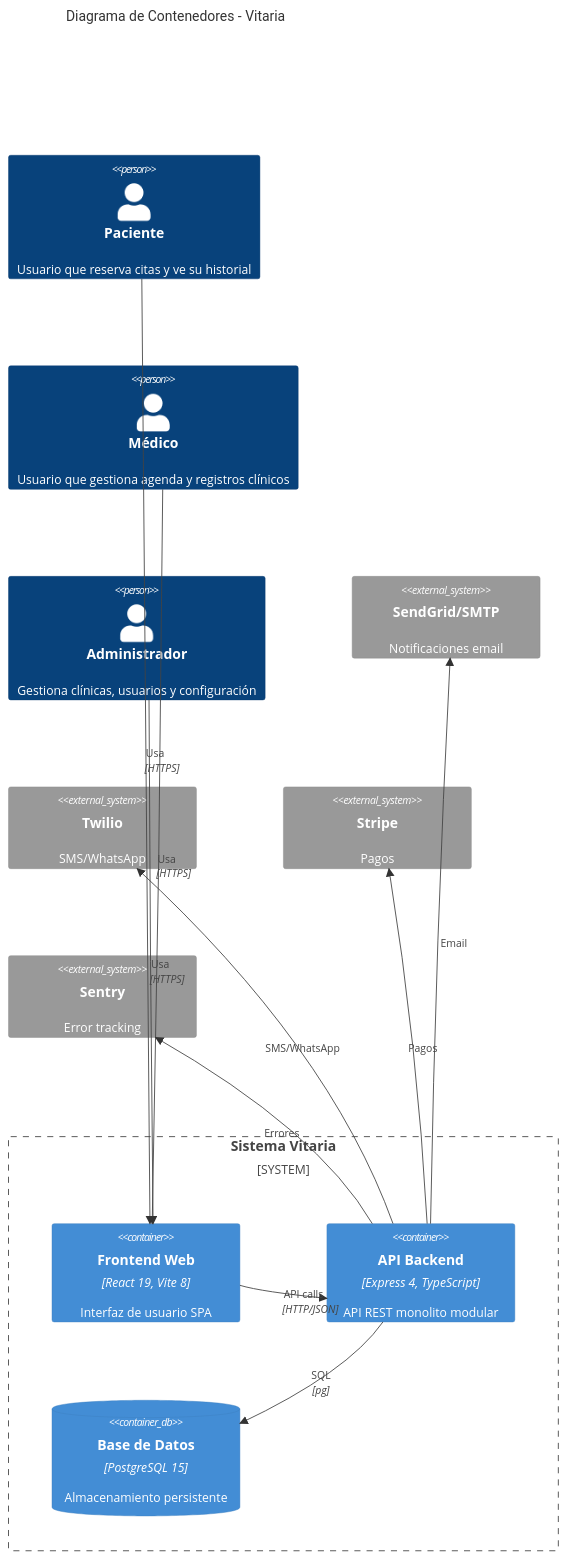
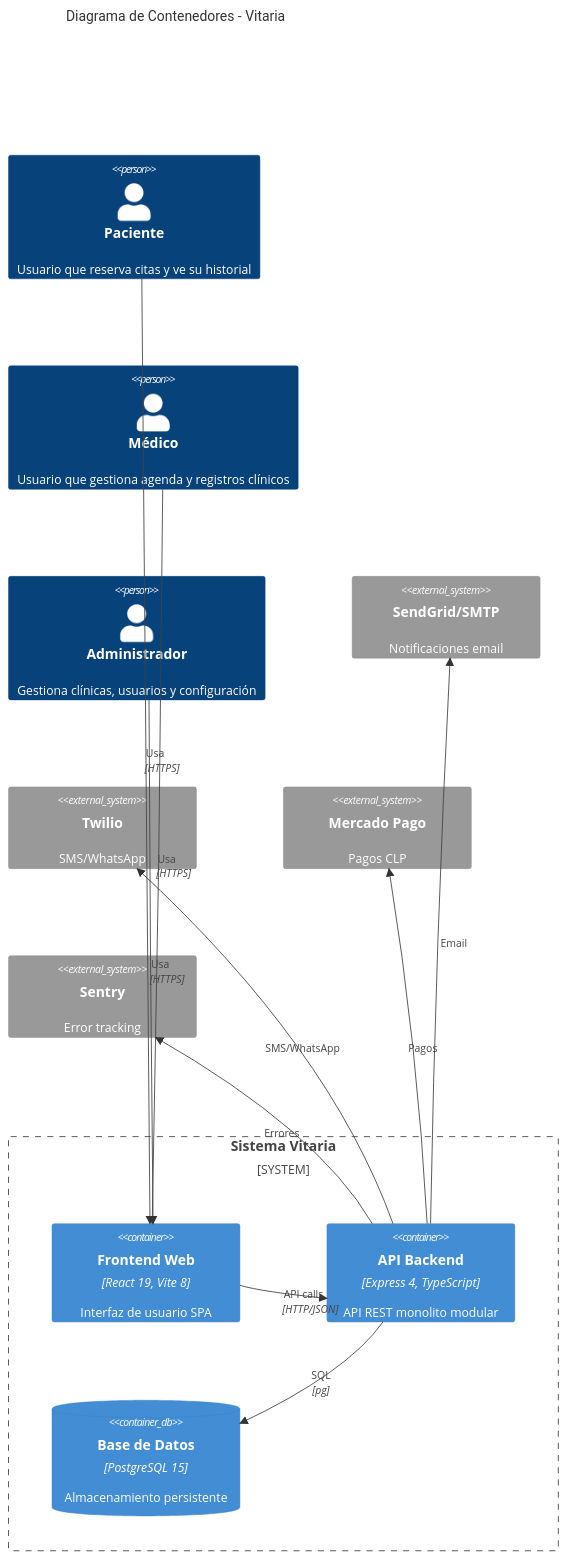
One commit to bentlyy/Clinica-Salud-Vital changed the first of 3 diagrams in wiki/01-ARQUITECTURA/Diagramas.md. Above: the diagram before and after it, drawn with Mermaid. The commit also changed 93 other files, not shown here.

First line of the commit message:
feat(pagos): migración Stripe a Mercado Pago (webhook público, CLP)

````diff
--- a/wiki/01-ARQUITECTURA/Diagramas.md
+++ b/wiki/01-ARQUITECTURA/Diagramas.md
@@ -7,29 +7,29 @@
 ```mermaid
 C4Context
     title Diagrama de Contenedores - Vitaria
 
     Person(patient, "Paciente", "Usuario que reserva citas y ve su historial")
     Person(doctor, "Médico", "Usuario que gestiona agenda y registros clínicos")
     Person(admin, "Administrador", "Gestiona clínicas, usuarios y configuración")
 
     System_Boundary(clinic, "Sistema Vitaria") {
         Container(web, "Frontend Web", "React 19, Vite 8", "Interfaz de usuario SPA")
         Container(api, "API Backend", "Express 4, TypeScript", "API REST monolito modular")
         ContainerDb(db, "Base de Datos", "PostgreSQL 15", "Almacenamiento persistente")
     }
 
     System_Ext(email_svc, "SendGrid/SMTP", "Notificaciones email")
     System_Ext(sms_svc, "Twilio", "SMS/WhatsApp")
-    System_Ext(stripe, "Stripe", "Pagos")
+    System_Ext(mp, "Mercado Pago", "Pagos CLP")
     System_Ext(sentry, "Sentry", "Error tracking")
 
     Rel(patient, web, "Usa", "HTTPS")
     Rel(doctor, web, "Usa", "HTTPS")
     Rel(admin, web, "Usa", "HTTPS")
     Rel(web, api, "API calls", "HTTP/JSON")
     Rel(api, db, "SQL", "pg")
     Rel(api, email_svc, "Email")
     Rel(api, sms_svc, "SMS/WhatsApp")
-    Rel(api, stripe, "Pagos")
+    Rel(api, mp, "Pagos")
     Rel(api, sentry, "Errores")
 ```
````
